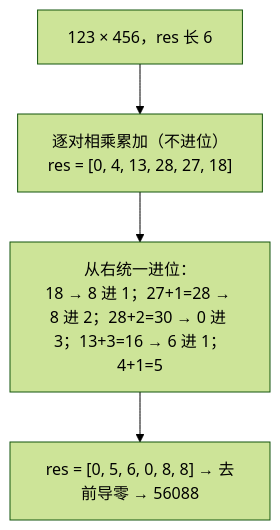
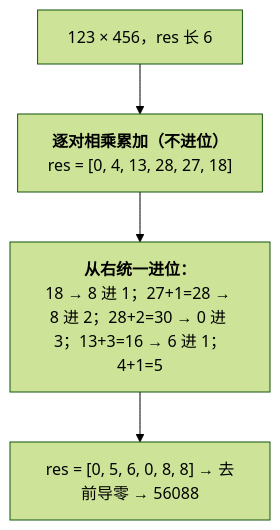
The third of 3 diagrams in _posts/2025-12-11-coding-interview-strings.md (arganzheng/arganzheng.github.com), drawn with Mermaid (forest theme) before and after one commit. The commit also changed 12 other files, not shown here.

First line of the commit message:
面试手撕代码：从 LeetCode 中等题到 Transformer 组件：Mermaid 多行方框的首行标为标题（13 篇）

````diff
--- a/_posts/2025-12-11-coding-interview-strings.md
+++ b/_posts/2025-12-11-coding-interview-strings.md
@@ -318,6 +318,6 @@
 ```mermaid
 flowchart TB
-    A["123 × 456，res 长 6"] --> B["逐对相乘累加（不进位）<br>res = [0, 4, 13, 28, 27, 18]"]
-    B --> C["从右统一进位：<br>18 → 8 进 1；27+1=28 → 8 进 2；28+2=30 → 0 进 3；13+3=16 → 6 进 1；4+1=5"]
+    A["123 × 456，res 长 6"] --> B["<b>逐对相乘累加（不进位）</b><br>res = [0, 4, 13, 28, 27, 18]"]
+    B --> C["<b>从右统一进位：</b><br>18 → 8 进 1；27+1=28 → 8 进 2；28+2=30 → 0 进 3；13+3=16 → 6 进 1；4+1=5"]
     C --> D["res = [0, 5, 6, 0, 8, 8] → 去前导零 → 56088"]
 ```
````
